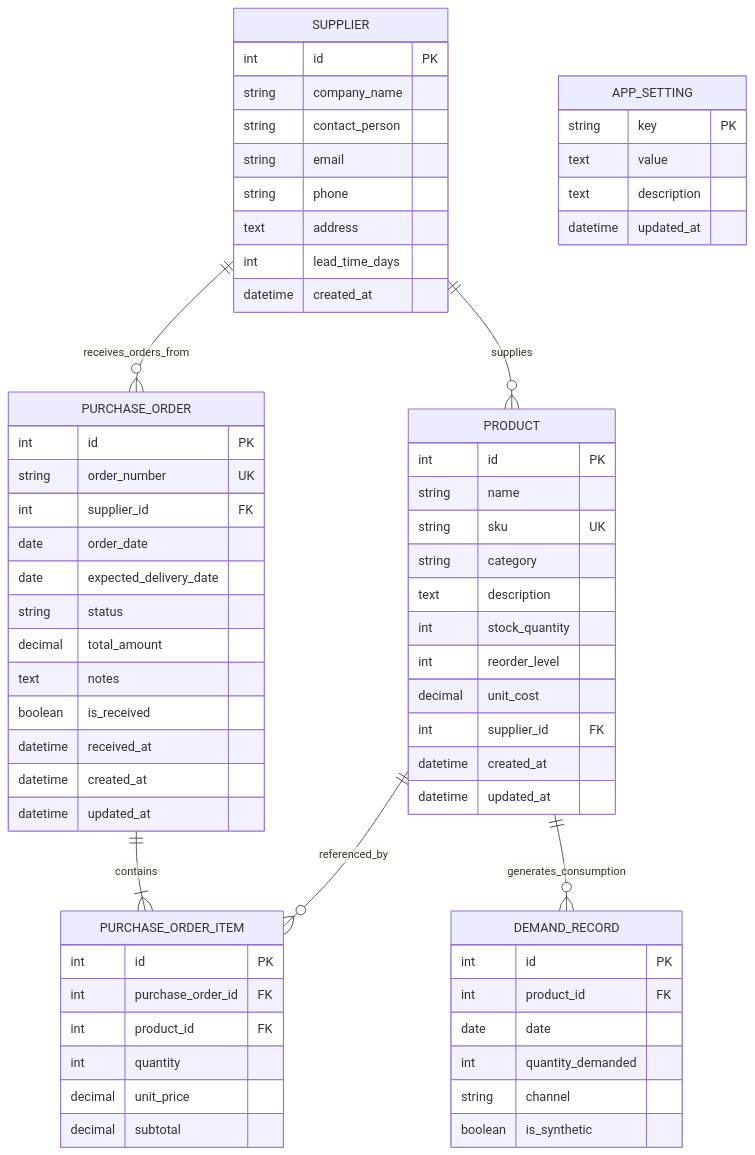
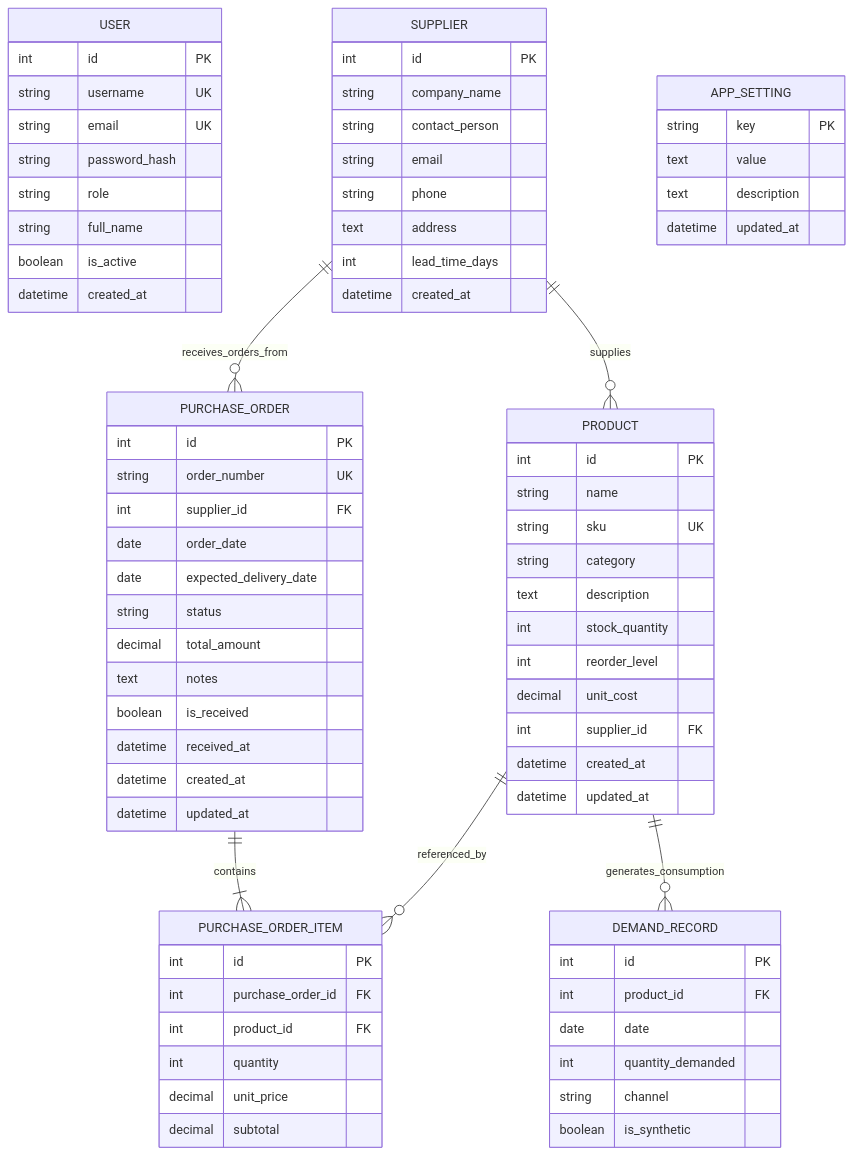
The second of 2 diagrams in README.md (saniyamore31/SupplyChain360), drawn with Mermaid before and after one commit. The commit also changed other lines of this file and 40 other files, not shown here.

````diff
--- a/README.md
+++ b/README.md
@@ -131,5 +137,16 @@
 ```mermaid
 erDiagram
+    USER {
+        int id PK
+        string username UK
+        string email UK
+        string password_hash
+        string role
+        string full_name
+        boolean is_active
+        datetime created_at
+    }
+
     SUPPLIER ||--o{ PRODUCT : supplies
     SUPPLIER ||--o{ PURCHASE_ORDER : receives_orders_from
     PURCHASE_ORDER ||--|{ PURCHASE_ORDER_ITEM : contains
````
